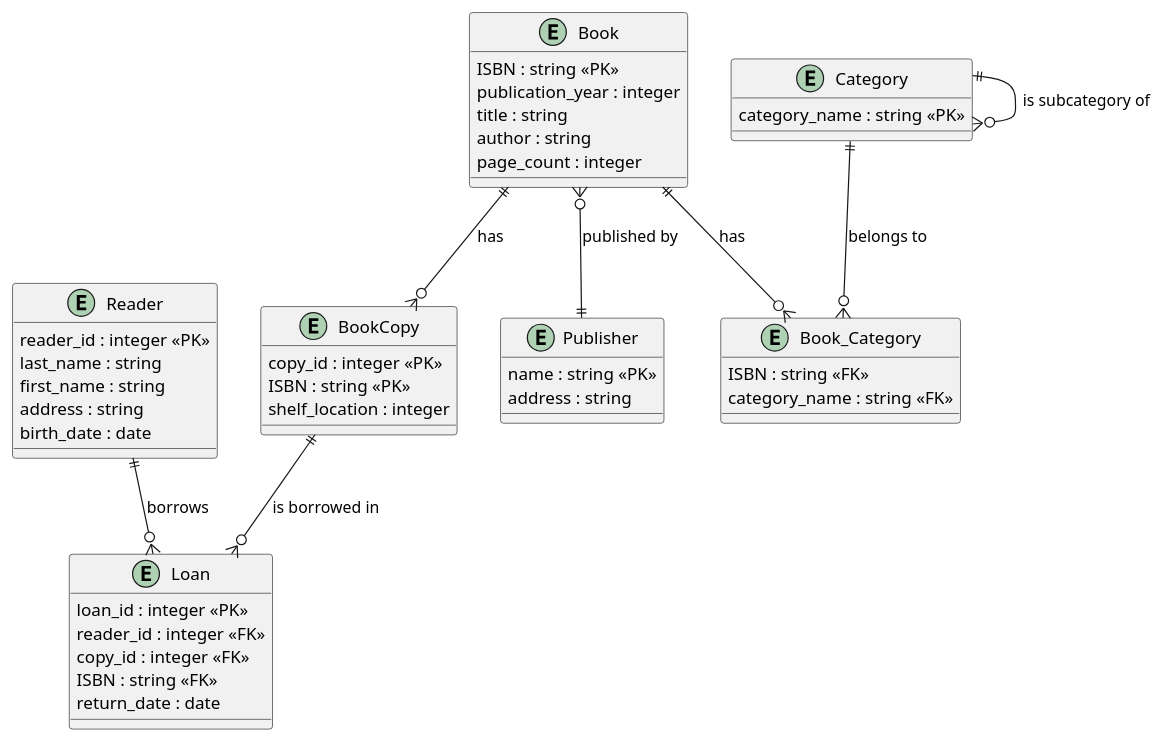
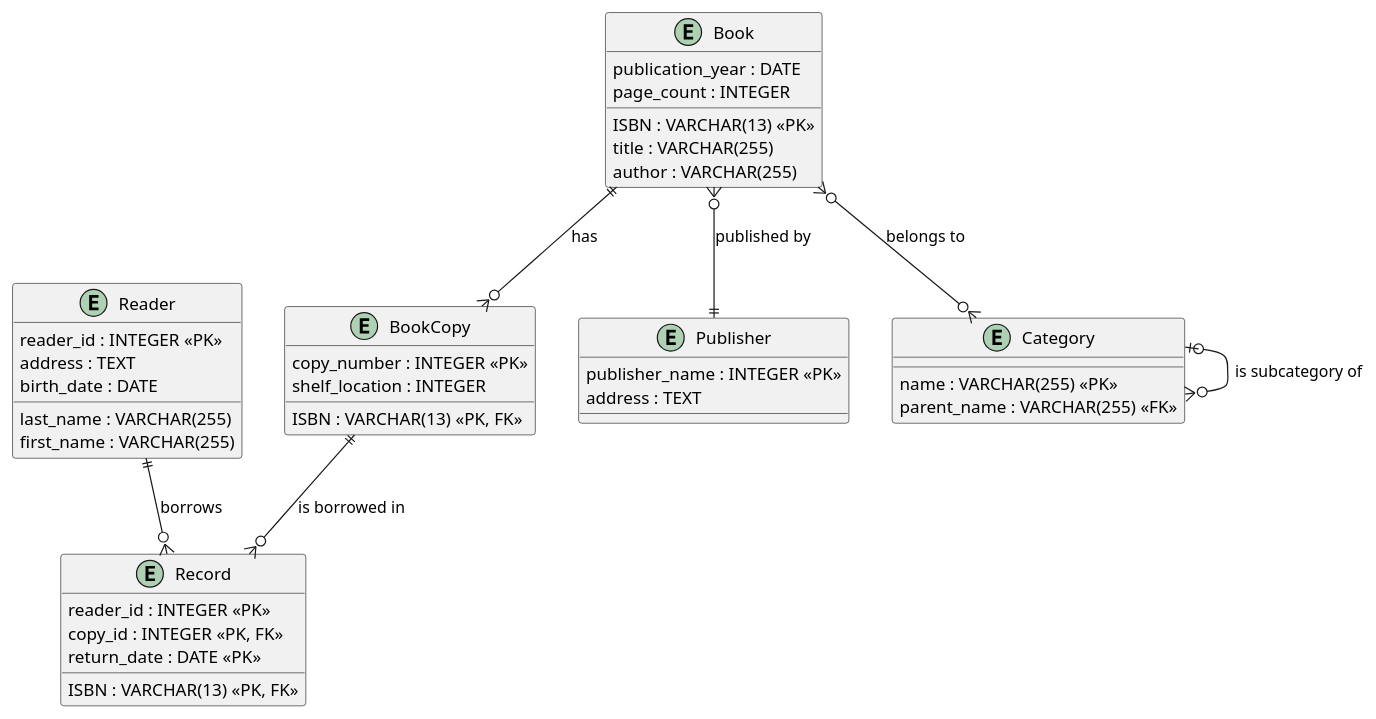
Before and after one commit to aspisov/Courses: the diagram in hse_databases/hw3/1.plantuml, drawn with PlantUML. The commit also changed 8 other files, not shown here.

```diff
--- a/hse_databases/hw3/1.plantuml
+++ b/hse_databases/hw3/1.plantuml
@@ -1,53 +1,47 @@
 @startuml Library System
 entity "BookCopy" {
-    copy_id : integer <<PK>>
-    ISBN : string <<PK>>
-    shelf_location : integer
+    copy_number : INTEGER <<PK>>
+    ISBN : VARCHAR(13) <<PK, FK>>
+    shelf_location : INTEGER
 }
 
 entity "Book" {
-    ISBN : string <<PK>>
-    publication_year : integer
-    title : string
-    author : string
-    page_count : integer
+    ISBN : VARCHAR(13) <<PK>>
+    publication_year : DATE
+    title : VARCHAR(255)
+    author : VARCHAR(255)
+    page_count : INTEGER
 }
 
 entity "Publisher" {
-    name : string <<PK>>
-    address : string
+    publisher_name : INTEGER <<PK>>
+    address : TEXT
 }
 
 entity "Category" {
-    category_name : string <<PK>>
+    name : VARCHAR(255) <<PK>>
+    parent_name : VARCHAR(255) <<FK>>
 }
 
 entity "Reader" {
-    reader_id : integer <<PK>>
-    last_name : string
-    first_name : string
-    address : string
-    birth_date : date
+    reader_id : INTEGER <<PK>>
+    last_name : VARCHAR(255)
+    first_name : VARCHAR(255)
+    address : TEXT
+    birth_date : DATE
 }
 
-entity "Loan" {
-    loan_id : integer <<PK>>
-    reader_id : integer <<FK>>
-    copy_id : integer <<FK>>
-    ISBN : string <<FK>>
-    return_date : date
-}
-
-entity "Book_Category" {
-    ISBN : string <<FK>>
-    category_name : string <<FK>>
+entity "Record" {
+    reader_id : INTEGER <<PK>>
+    copy_id : INTEGER <<PK, FK>>
+    ISBN : VARCHAR(13) <<PK, FK>>
+    return_date : DATE <<PK>>
 }
 
 Book ||--o{ BookCopy: "has"
 Book }o--|| Publisher: "published by"
-Book ||--o{ Book_Category: "has"
-Category ||--o{ Book_Category: "belongs to"
-Category ||--o{ Category : "is subcategory of"
-Reader ||--o{ Loan : "borrows"
-BookCopy ||--o{ Loan : "is borrowed in"
+Book }o--o{ Category: "belongs to"
+Category |o--o{ Category : "is subcategory of"
+Reader ||--o{ Record : "borrows"
+BookCopy ||--o{ Record : "is borrowed in"
 @enduml
```
